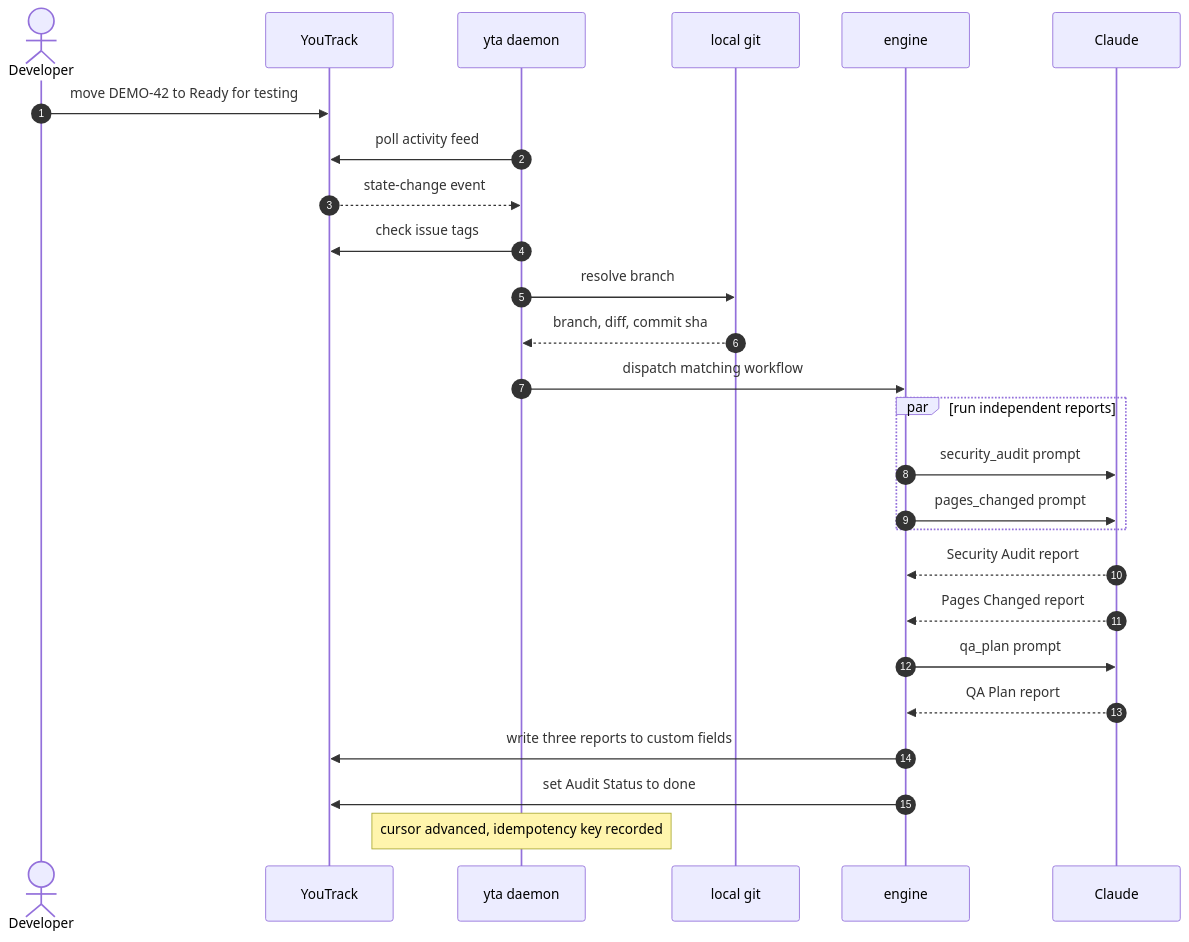
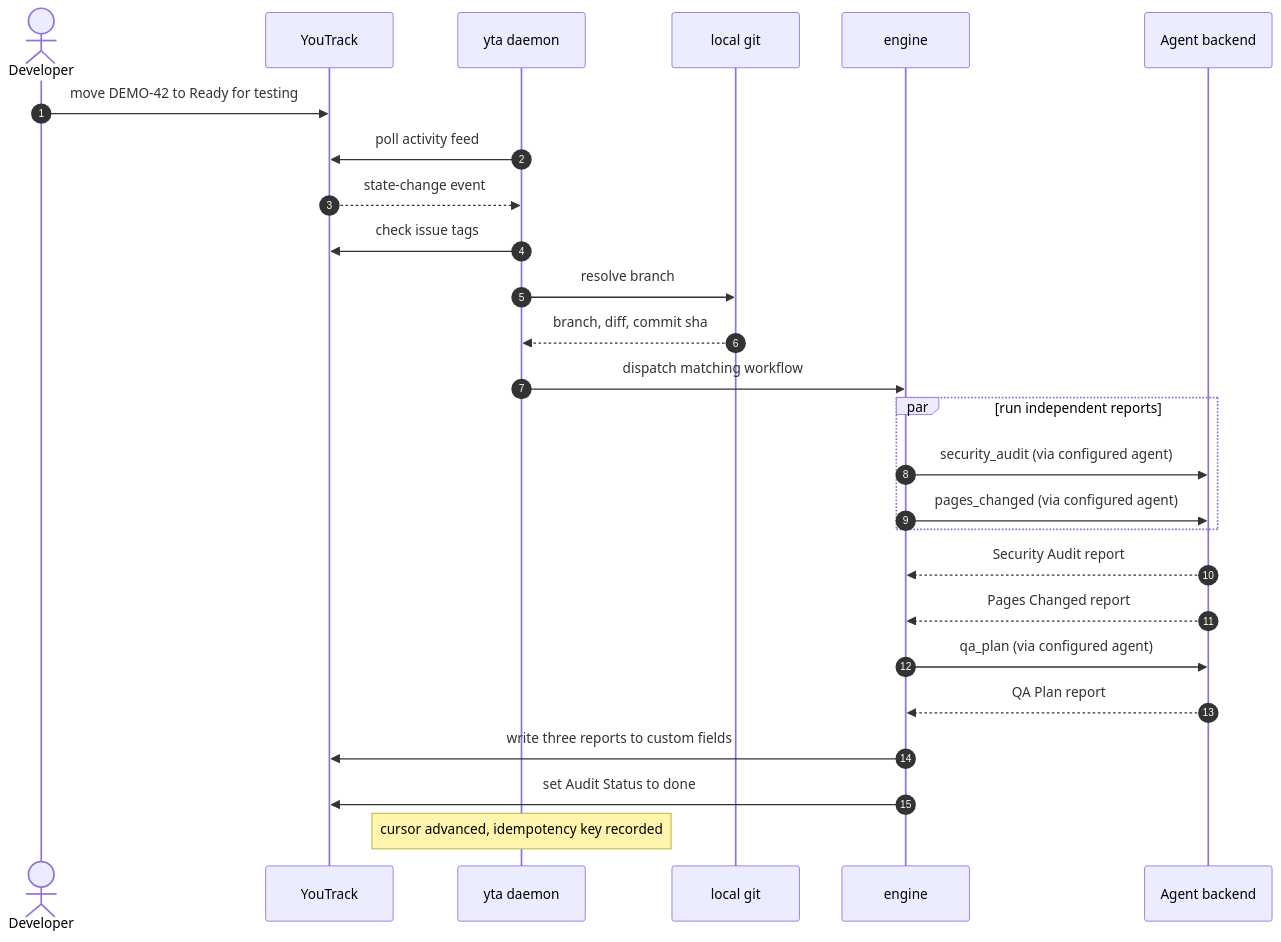
The diagram in README.md (PanzerLlama/youtrack-aitrack), drawn with Mermaid before and after one commit. The commit also changed other lines of this file and 6 other files, not shown here.

````diff
--- a/README.md
+++ b/README.md
@@ -97,31 +114,31 @@
 ```mermaid
 sequenceDiagram
     autonumber
     actor Dev as Developer
     participant YT as YouTrack
     participant D as yta daemon
     participant G as local git
     participant E as engine
-    participant AI as Claude
+    participant A as Agent backend
 
     Dev->>YT: move DEMO-42 to Ready for testing
     D->>YT: poll activity feed
     YT-->>D: state-change event
     D->>YT: check issue tags
     D->>G: resolve branch
     G-->>D: branch, diff, commit sha
     D->>E: dispatch matching workflow
 
     par run independent reports
-        E->>AI: security_audit prompt
-        E->>AI: pages_changed prompt
+        E->>A: security_audit (via configured agent)
+        E->>A: pages_changed (via configured agent)
     end
-    AI-->>E: Security Audit report
-    AI-->>E: Pages Changed report
-    E->>AI: qa_plan prompt
-    AI-->>E: QA Plan report
+    A-->>E: Security Audit report
+    A-->>E: Pages Changed report
+    E->>A: qa_plan (via configured agent)
+    A-->>E: QA Plan report
 
     E->>YT: write three reports to custom fields
     E->>YT: set Audit Status to done
     Note over D: cursor advanced, idempotency key recorded
 ```
````
